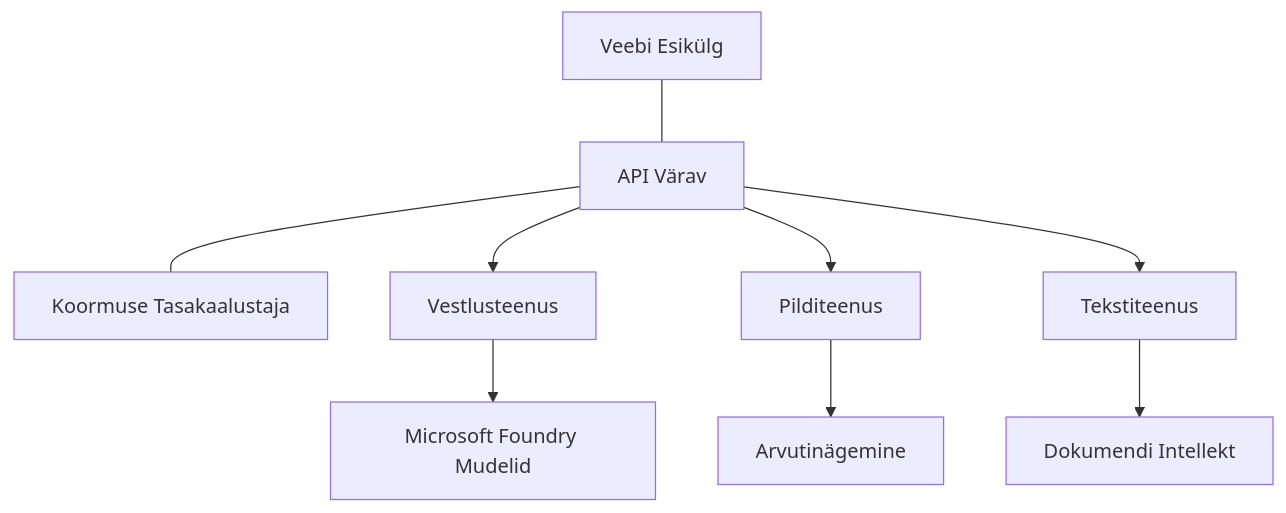
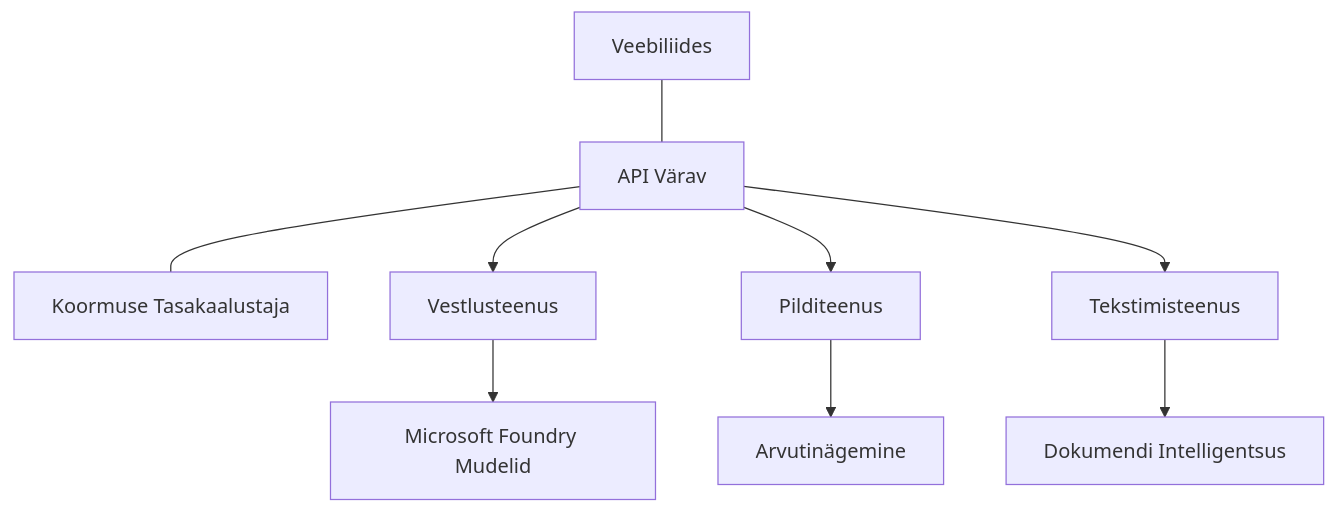
Before and after one commit to microsoft/AZD-for-beginners: the diagram in translations/et/docs/chapter-08-production/production-ai-practices.md, drawn with Mermaid. The commit also changed other lines of this file and 101 other files, not shown here.

````diff
--- a/translations/et/docs/chapter-08-production/production-ai-practices.md
+++ b/translations/et/docs/chapter-08-production/production-ai-practices.md
@@ -30,10 +30,10 @@
 ```mermaid
 graph TD
-    Frontend[Veebi Esikülg] --- Gateway[API Värav] --- LB[Koormuse Tasakaalustaja]
+    Frontend[Veebiliides] --- Gateway[API Värav] --- LB[Koormuse Tasakaalustaja]
     Gateway --> Chat[Vestlusteenus]
     Gateway --> Image[Pilditeenus]
-    Gateway --> Text[Tekstiteenus]
+    Gateway --> Text[Tekstimisteenus]
     Chat --> OpenAI[Microsoft Foundry Mudelid]
     Image --> Vision[Arvutinägemine]
-    Text --> DocIntel[Dokumendi Intellekt]
+    Text --> DocIntel[Dokumendi Intelligentsus]
 ```
````
